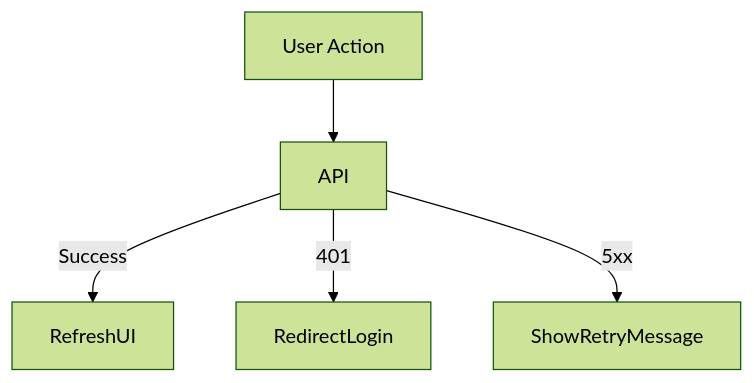
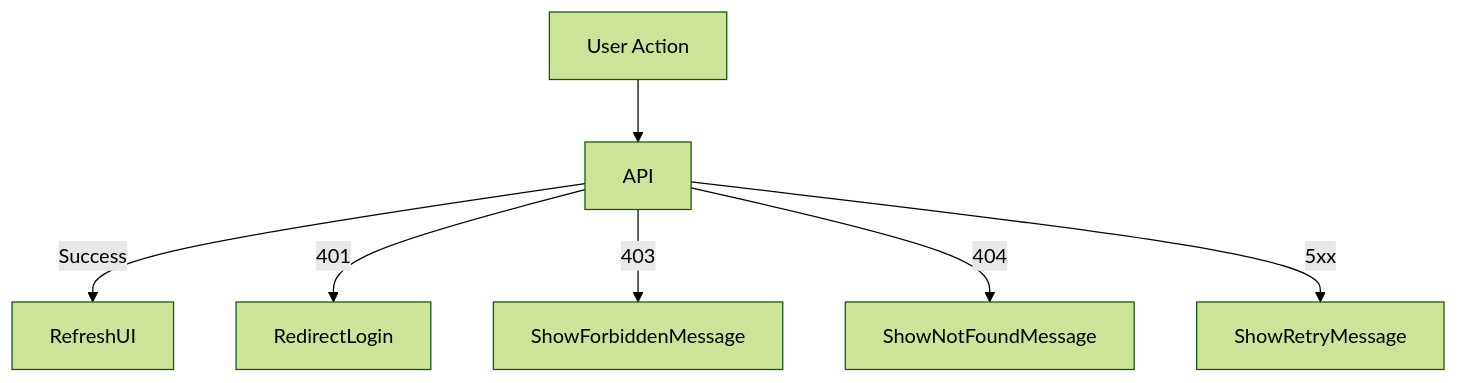
The fifth of 6 diagrams in docs/details/03_screen-flow.md (Asheze1127/progress-checker), drawn with Mermaid (forest theme) before and after one commit. The commit also changed other lines of this file, not shown here.

````diff
--- a/docs/details/03_screen-flow.md
+++ b/docs/details/03_screen-flow.md
@@ -109,7 +118,9 @@
 ```mermaid
 flowchart TD
     Action[User Action] --> API
     API -->|Success| RefreshUI
     API -->|401| RedirectLogin
+    API -->|403| ShowForbiddenMessage
+    API -->|404| ShowNotFoundMessage
     API -->|5xx| ShowRetryMessage
 ```
````
